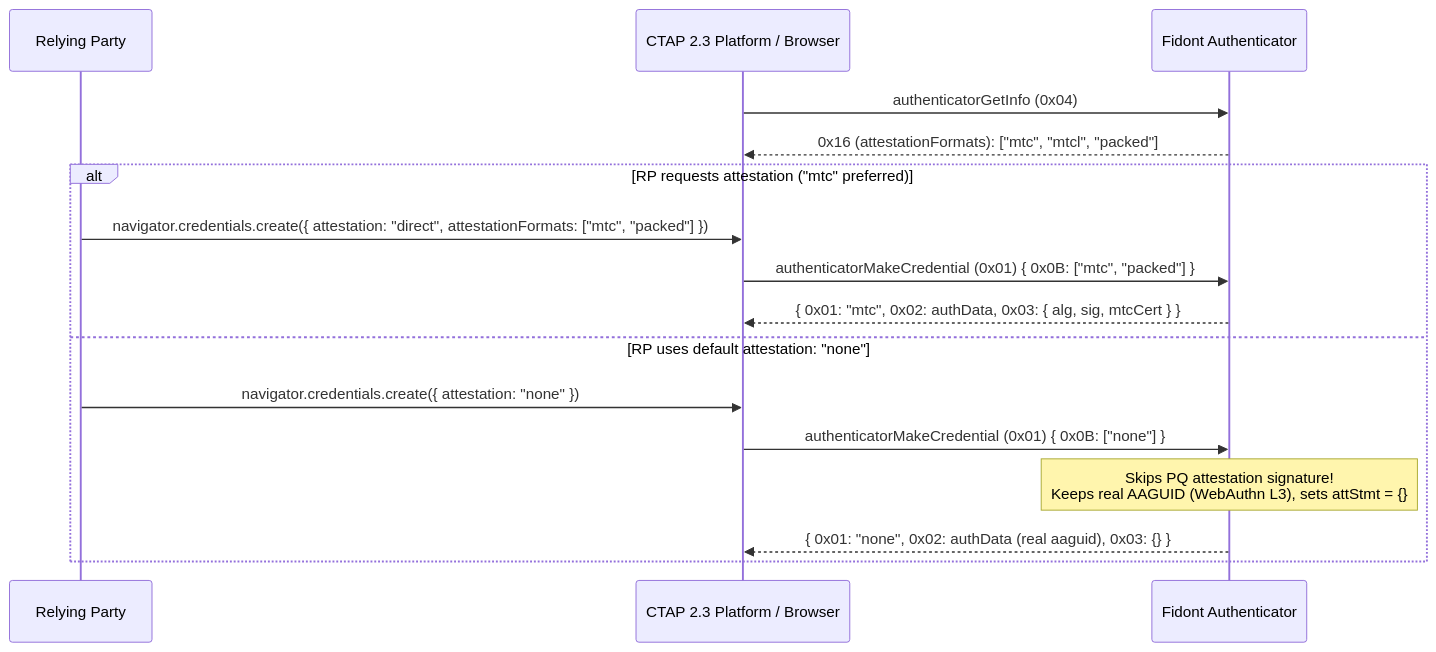
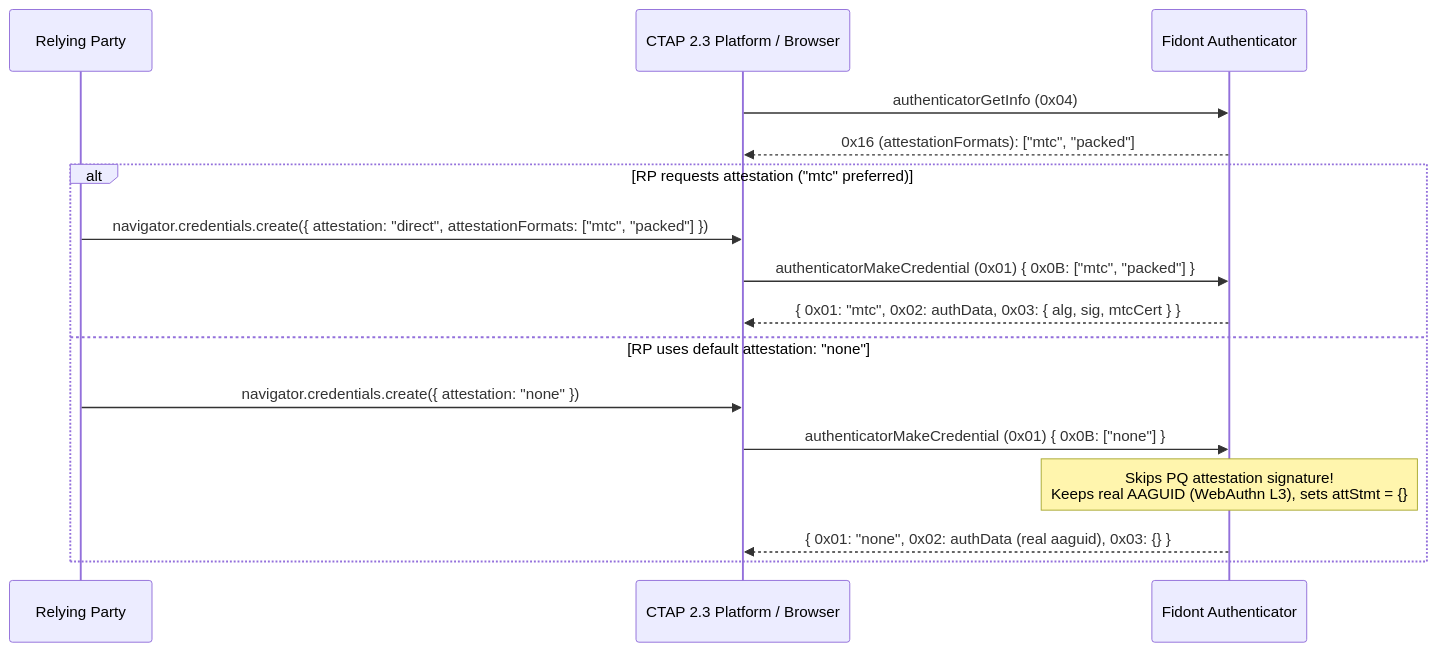
One commit to ve7jtb/ve7jtb.github.io changed the second of 4 diagrams in pq_mtc_attestation_proposal.md. Above: the diagram before and after it, drawn with Mermaid. The commit also changed other lines of this file and 3 other files, not shown here.

Commit message:
Remove fmt: mtcl from PQ MTC attestation proposal and index to align with WebAuthn Level 4 PR

````diff
--- a/pq_mtc_attestation_proposal.md
+++ b/pq_mtc_attestation_proposal.md
@@ -448,19 +421,19 @@
 ```mermaid
 sequenceDiagram
     participant RP as Relying Party
     participant Client as CTAP 2.3 Platform / Browser
     participant Authnr as Fidont Authenticator
 
     Client->>Authnr: authenticatorGetInfo (0x04)
-    Authnr-->>Client: 0x16 (attestationFormats): ["mtc", "mtcl", "packed"]
+    Authnr-->>Client: 0x16 (attestationFormats): ["mtc", "packed"]
     alt RP requests attestation ("mtc" preferred)
         RP->>Client: navigator.credentials.create({ attestation: "direct", attestationFormats: ["mtc", "packed"] })
         Client->>Authnr: authenticatorMakeCredential (0x01) { 0x0B: ["mtc", "packed"] }
         Authnr-->>Client: { 0x01: "mtc", 0x02: authData, 0x03: { alg, sig, mtcCert } }
     else RP uses default attestation: "none"
         RP->>Client: navigator.credentials.create({ attestation: "none" })
         Client->>Authnr: authenticatorMakeCredential (0x01) { 0x0B: ["none"] }
         Note over Authnr: Skips PQ attestation signature!<br/>Keeps real AAGUID (WebAuthn L3), sets attStmt = {}
         Authnr-->>Client: { 0x01: "none", 0x02: authData (real aaguid), 0x03: {} }
     end
 ```
````
